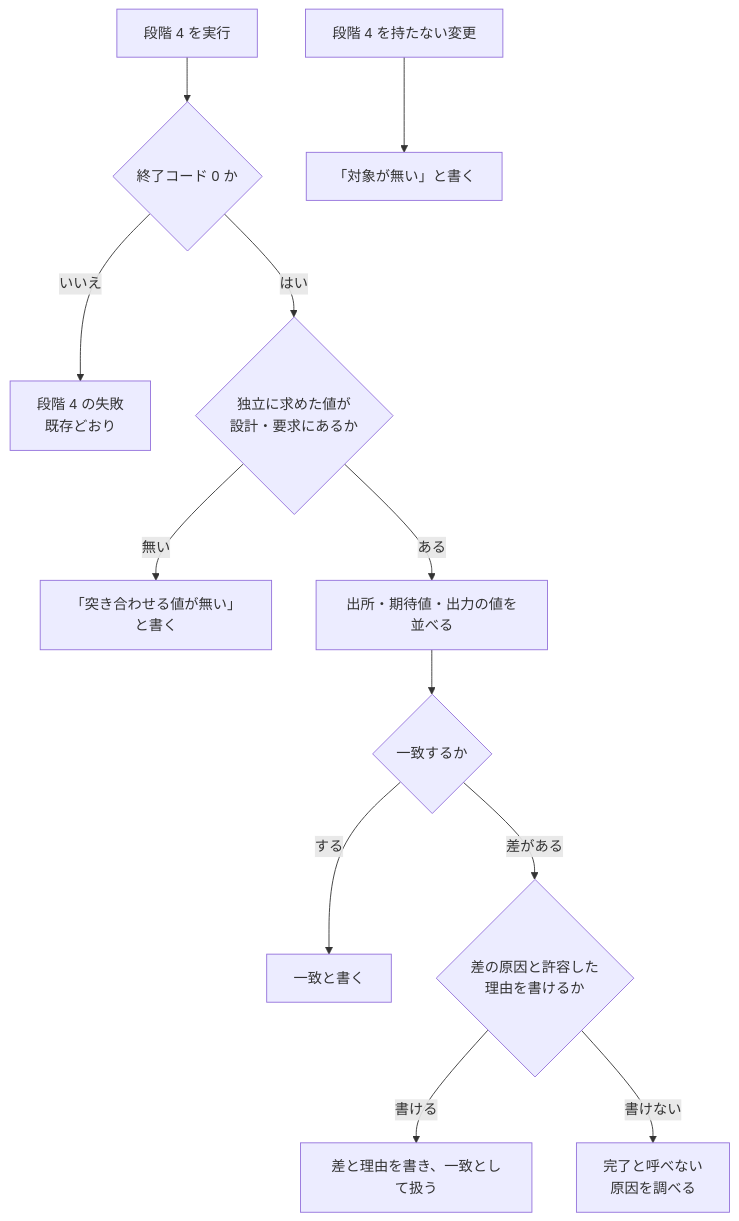
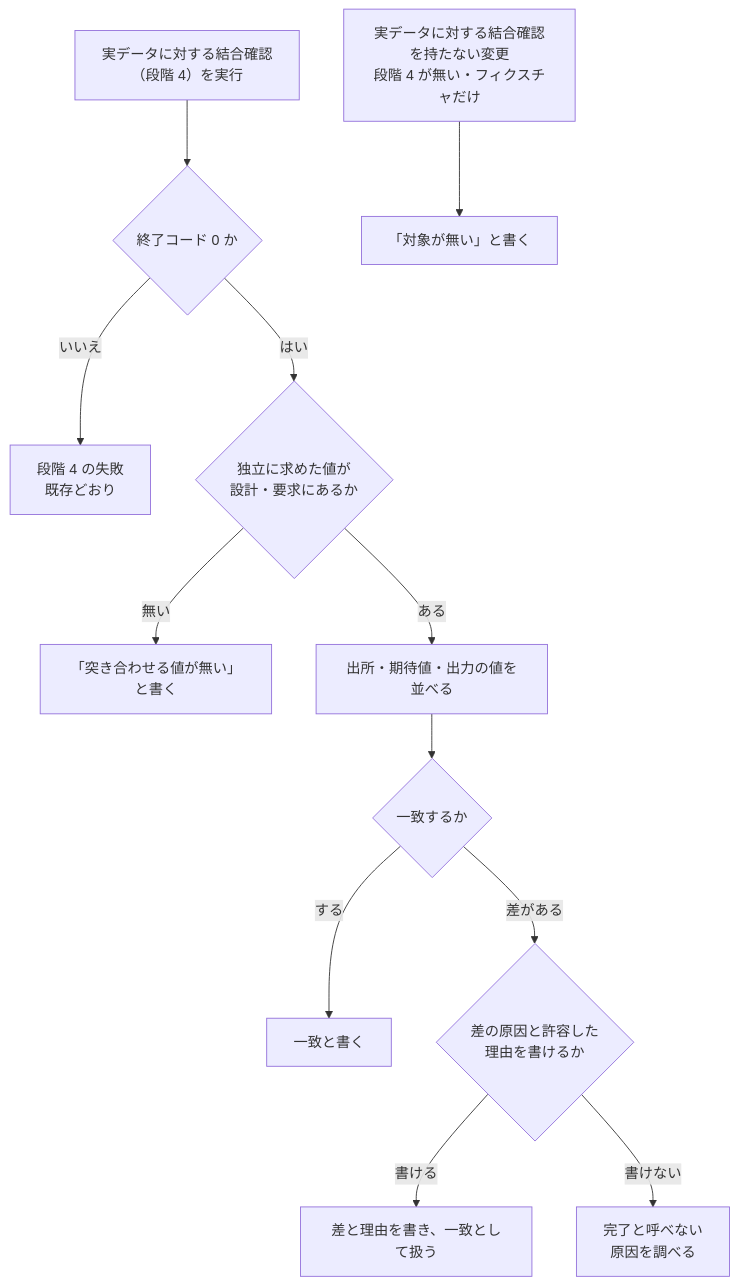
One commit to devbasex/ai-plugins changed the second of 2 diagrams in issues/issue-735-design.md. Above: the diagram before and after it, drawn with Mermaid. The commit also changed other lines of this file and 2 other files, not shown here.

````diff
--- a/issues/issue-735-design.md
+++ b/issues/issue-735-design.md
@@ -145,14 +147,14 @@
 ```mermaid
 flowchart TD
-  S4[段階 4 を実行] --> X{終了コード 0 か}
+  S4[実データに対する結合確認<br/>（段階 4）を実行] --> X{終了コード 0 か}
   X -->|いいえ| F[段階 4 の失敗<br/>既存どおり]
   X -->|はい| V{独立に求めた値が<br/>設計・要求にあるか}
   V -->|無い| N[「突き合わせる値が無い」と書く]
   V -->|ある| C[出所・期待値・出力の値を並べる]
   C --> M{一致するか}
   M -->|する| OK[一致と書く]
   M -->|差がある| T{差の原因と許容した<br/>理由を書けるか}
   T -->|書ける| OK2[差と理由を書き、一致として扱う]
   T -->|書けない| NG[完了と呼べない<br/>原因を調べる]
-  NA[段階 4 を持たない変更] --> NA2[「対象が無い」と書く]
+  NA[実データに対する結合確認を持たない変更<br/>段階 4 が無い・フィクスチャだけ] --> NA2[「対象が無い」と書く]
 ```
````
